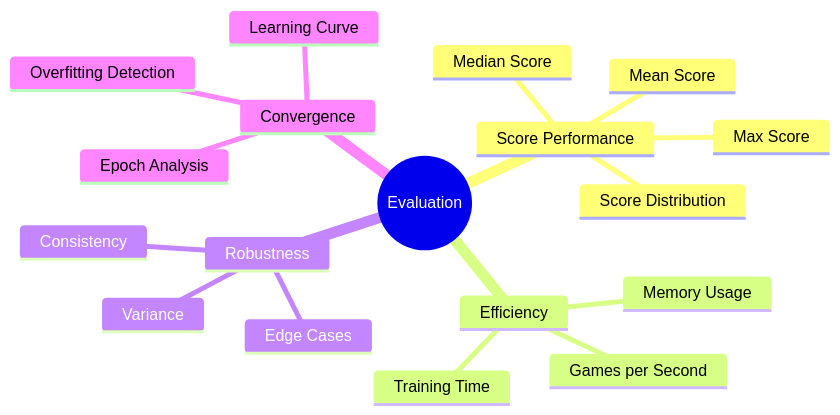
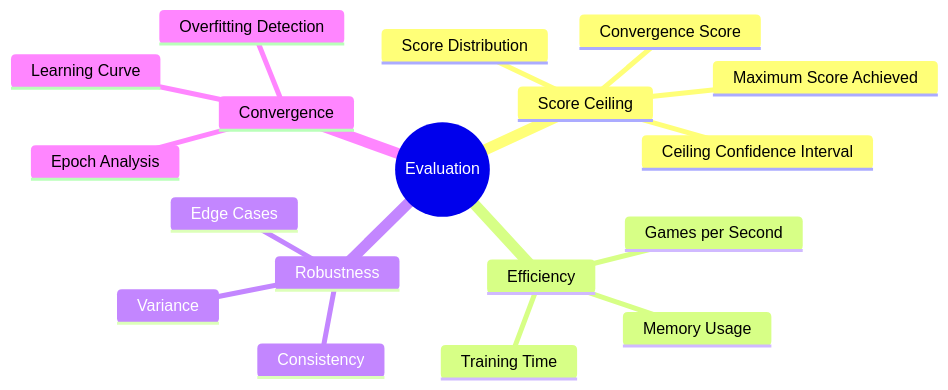
The first of 4 diagrams in plan/07-Benchmarking/01-Evaluation/02-evaluation-methodology.md (Evintkoo/2048-ml), drawn with Mermaid before and after one commit. The commit also changed other lines of this file and 5 other files, not shown here.

First line of the commit message:
Refocus goals on finding each model's score ceiling

````diff
--- a/plan/07-Benchmarking/01-Evaluation/02-evaluation-methodology.md
+++ b/plan/07-Benchmarking/01-Evaluation/02-evaluation-methodology.md
@@ -9,21 +9,21 @@
 ```mermaid
 mindmap
   root((Evaluation))
-    Score Performance
-      Mean Score
-      Median Score
-      Max Score
+    Score Ceiling
+      Maximum Score Achieved
+      Ceiling Confidence Interval
+      Convergence Score
       Score Distribution
     Efficiency
       Games per Second
       Memory Usage
       Training Time
     Robustness
       Variance
       Consistency
       Edge Cases
     Convergence
       Learning Curve
       Epoch Analysis
       Overfitting Detection
 ```
````
